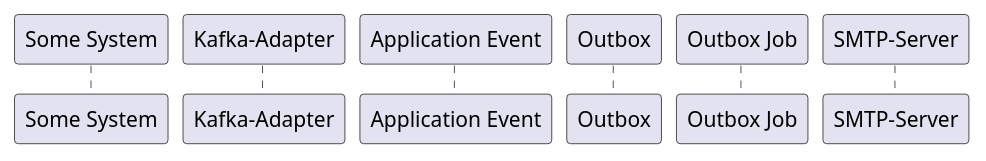
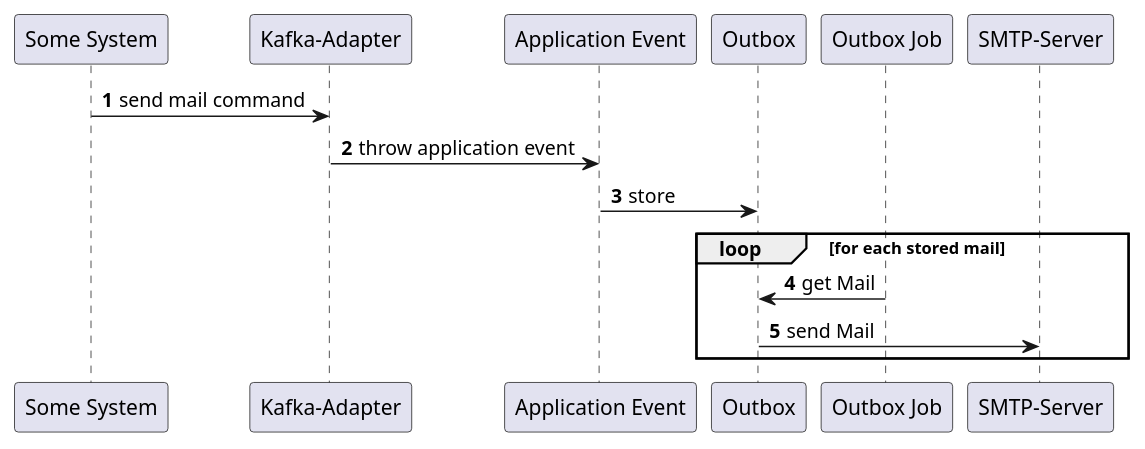
One commit to dancier/documentation changed the second of 4 diagrams in src/main/jbake/content/documentation/arc42/src/06_runtime_view.adoc. Above: the diagram before and after it, drawn with PlantUML. The commit also changed other lines of this file, not shown here.

Commit message:
mail sending

```diff
--- a/src/main/jbake/content/documentation/arc42/src/06_runtime_view.adoc
+++ b/src/main/jbake/content/documentation/arc42/src/06_runtime_view.adoc
@@ -33,17 +33,23 @@
 [plantuml, send-mail-kikeriki, svg]
 ....
 @startuml
 
 autonumber
 
 participant "Some System" as ss
 participant "Kafka-Adapter" as ka
 participant "Application Event" as ae
 participant "Outbox"
 participant "Outbox Job" as oj
 participant "SMTP-Server" as smtp
 
+ss -> ka: send mail command
+ka -> ae : throw application event
+ae -> Outbox: store
 
-
+loop for each stored mail
+  oj -> Outbox : get Mail
+  Outbox -> smtp : send Mail
+end
 @enduml
 ....
```
